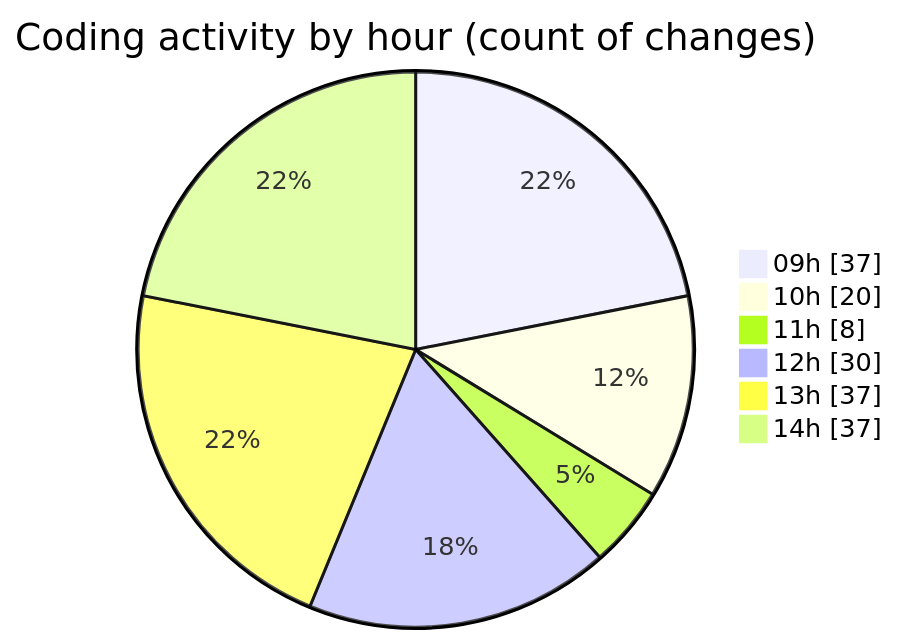
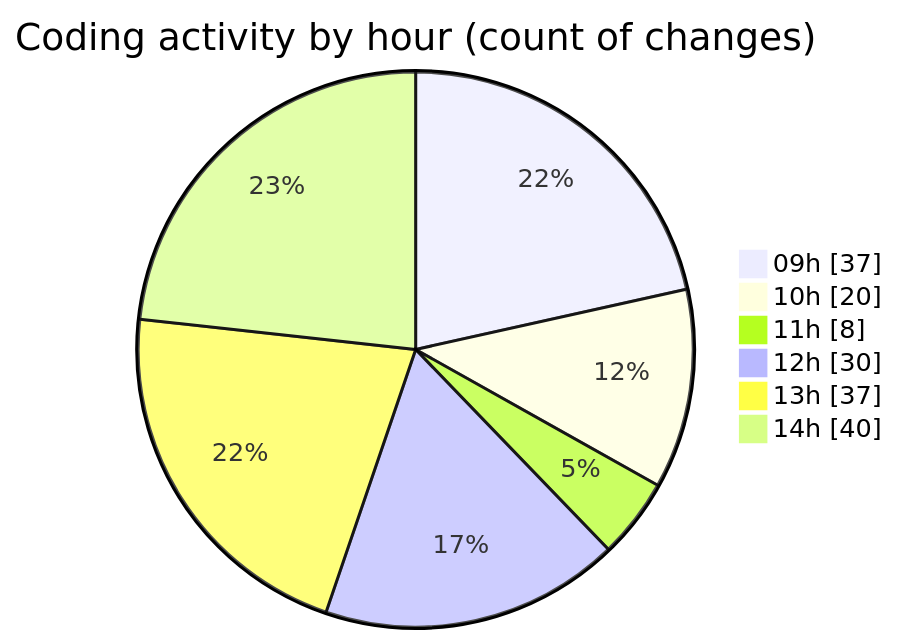
Before and after one commit to momahboobian/code-tracking: the second of 2 diagrams in 2026-05-08/cda/README.md, drawn with Mermaid. The commit also changed other lines of this file and 1 other file, not shown here.

````diff
--- a/2026-05-08/cda/README.md
+++ b/2026-05-08/cda/README.md
@@ -56,10 +56,10 @@
 ```mermaid
 pie showData
 title Coding activity by hour (count of changes)
 "09h" : 37
 "10h" : 20
 "11h" : 8
 "12h" : 30
 "13h" : 37
-"14h" : 37
+"14h" : 40
 ```
````
